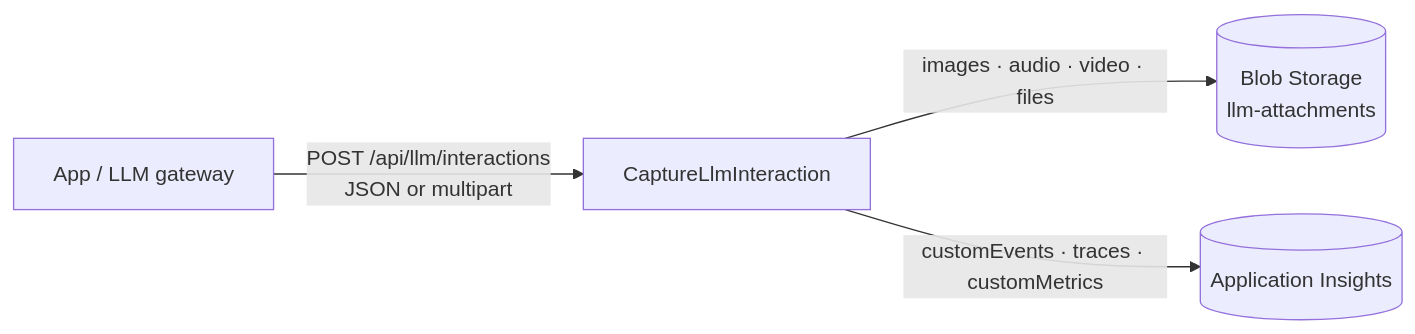
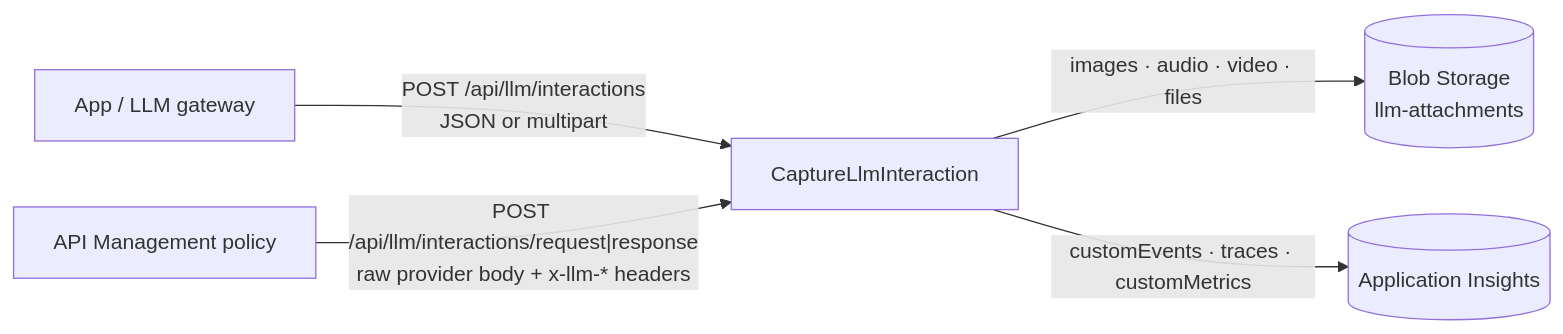
Before and after one commit to romerve/MS-Azurenaut: the first of 2 diagrams in functions/llm-interaction-logger/README.md, drawn with Mermaid. The commit also changed other lines of this file and 9 other files, not shown here.

First line of the commit message:
Support API Management inbound/outbound capture in LLM logger

````diff
--- a/functions/llm-interaction-logger/README.md
+++ b/functions/llm-interaction-logger/README.md
@@ -11,6 +11,7 @@
 ```mermaid
 flowchart LR
     Client[App / LLM gateway] -- "POST /api/llm/interactions<br/>JSON or multipart" --> Func[CaptureLlmInteraction]
+    APIM[API Management policy] -- "POST /api/llm/interactions/request|response<br/>raw provider body + x-llm-* headers" --> Func
     Func -- "images · audio · video · files" --> Blob[(Blob Storage<br/>llm-attachments)]
     Func -- "customEvents · traces · customMetrics" --> AI[(Application Insights)]
 ```
````
